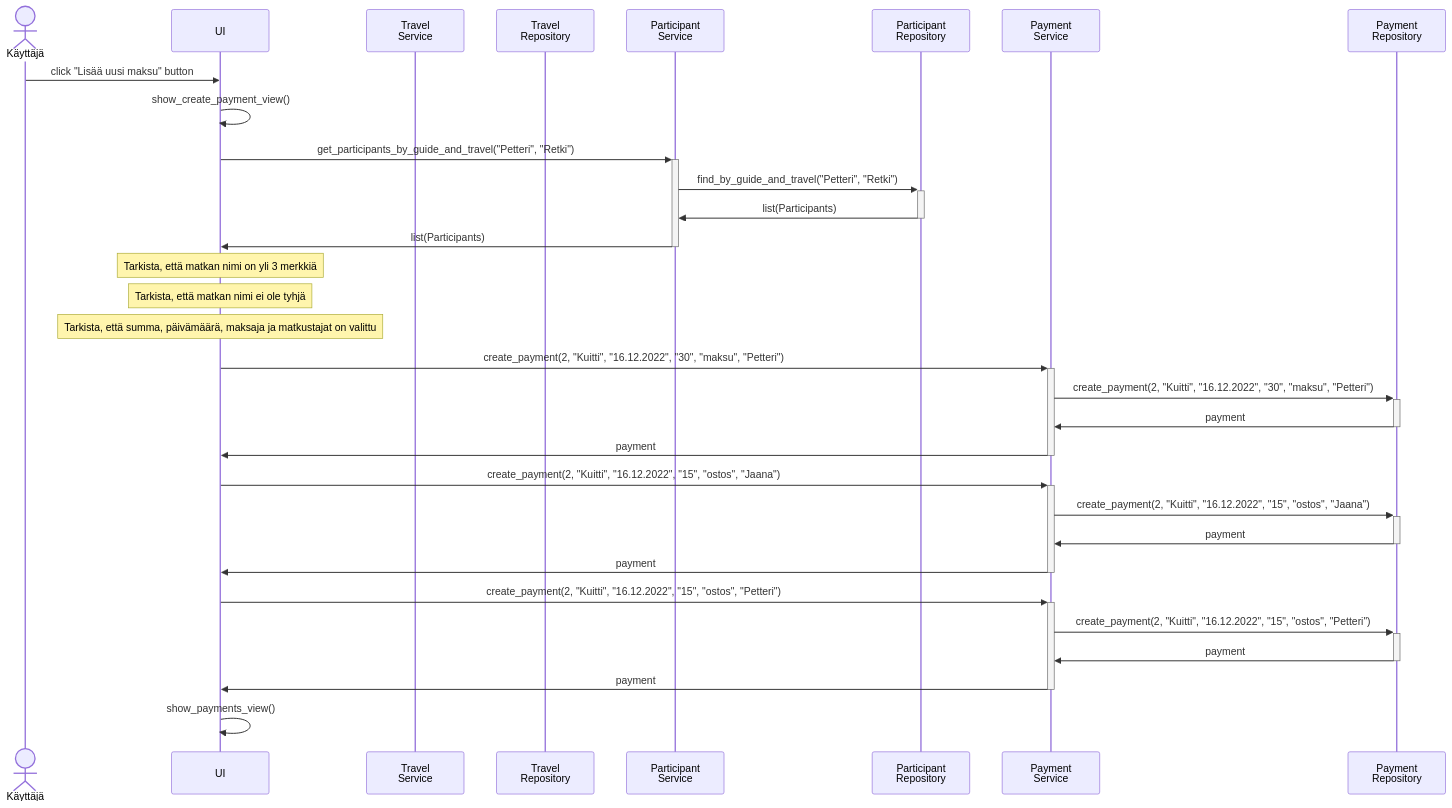
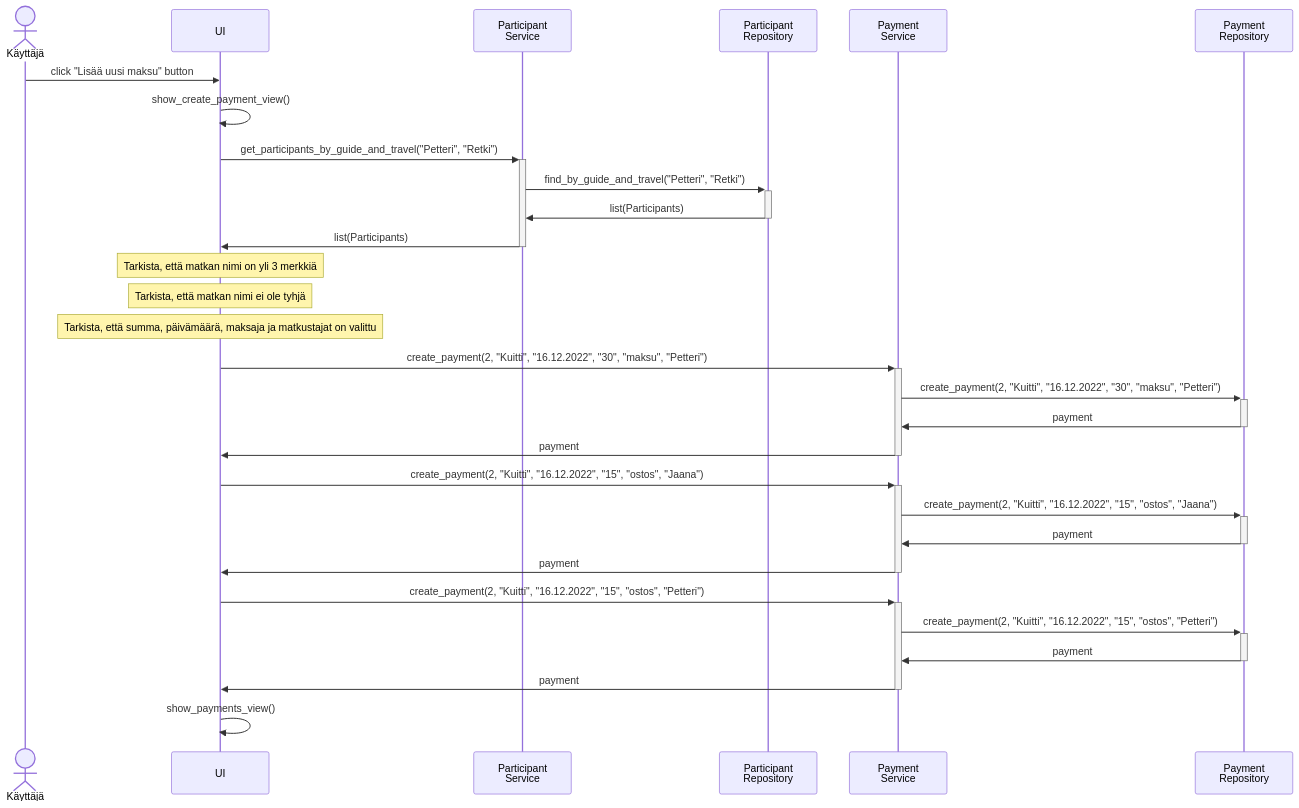
One commit to phuvio/ot-harjoitustyo changed the fourth of 4 diagrams in travel-expense-calculator-app/dokumentaatio/arkkitehtuuri.md. Above: the diagram before and after it, drawn with Mermaid.

````diff
--- a/travel-expense-calculator-app/dokumentaatio/arkkitehtuuri.md
+++ b/travel-expense-calculator-app/dokumentaatio/arkkitehtuuri.md
@@ -172,33 +172,31 @@
 ```mermaid
  sequenceDiagram
    Actor K as Käyttäjä
    participant U as UI
-   participant T as Travel <br> Service
-   participant TR as Travel <br> Repository
    participant P as Participant <br> Service
    participant PR as Participant <br> Repository
    participant M as Payment <br> Service
    participant MR as Payment <br> Repository
    K->>U: click "Lisää uusi maksu" button
    U->>U: show_create_payment_view()
    U->>+P: get_participants_by_guide_and_travel("Petteri", "Retki")
    P->>+PR: find_by_guide_and_travel("Petteri", "Retki")
    PR->>-P: list(Participants)
    P->>-U: list(Participants)
    Note over U: Tarkista, että matkan nimi on yli 3 merkkiä
    Note over U: Tarkista, että matkan nimi ei ole tyhjä
    Note over U: Tarkista, että summa, päivämäärä, maksaja ja matkustajat on valittu
    U->>+M: create_payment(2, "Kuitti", "16.12.2022", "30", "maksu", "Petteri")
    M->>+MR: create_payment(2, "Kuitti", "16.12.2022", "30", "maksu", "Petteri")
    MR->>-M: payment
    M->>-U: payment
    U->>+M: create_payment(2, "Kuitti", "16.12.2022", "15", "ostos", "Jaana")
    M->>+MR: create_payment(2, "Kuitti", "16.12.2022", "15", "ostos", "Jaana")
    MR->>-M: payment
    M->>-U: payment
    U->>+M: create_payment(2, "Kuitti", "16.12.2022", "15", "ostos", "Petteri")
    M->>+MR: create_payment(2, "Kuitti", "16.12.2022", "15", "ostos", "Petteri")
    MR->>-M: payment
    M->>-U: payment
    U->>U: show_payments_view()
 ```
````
